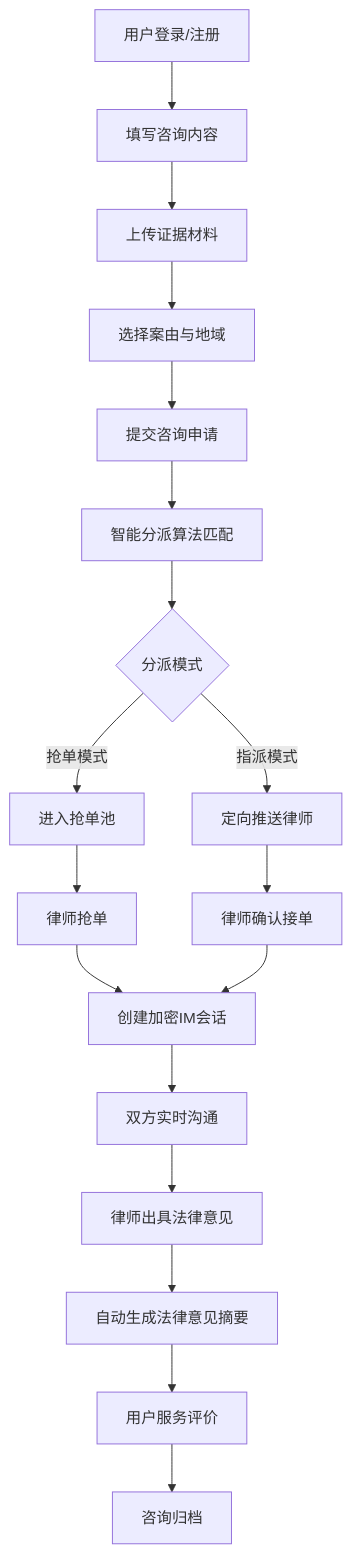
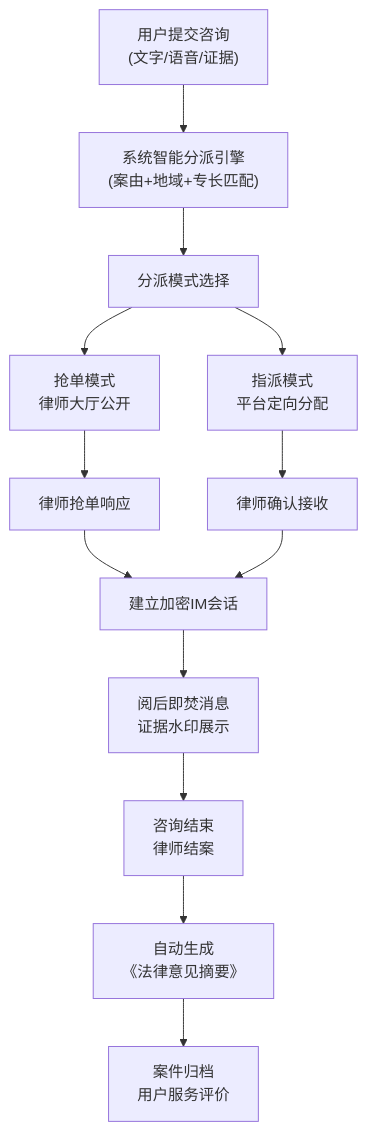
The first of 3 diagrams in .trae/documents/PRD-法律公益咨询协同平台.md (ccpen199/Trae-solo), drawn with Mermaid before and after one commit. The commit also changed other lines of this file and 94 other files, not shown here.

````diff
--- a/.trae/documents/PRD-法律公益咨询协同平台.md
+++ b/.trae/documents/PRD-法律公益咨询协同平台.md
@@ -56,20 +62,15 @@
 ```mermaid
 flowchart TD
-    A["用户登录/注册"] --> B["填写咨询内容"]
-    B --> C["上传证据材料"]
-    C --> D["选择案由与地域"]
-    D --> E["提交咨询申请"]
-    E --> F["智能分派算法匹配"]
-    F --> G{分派模式}
-    G -->|"抢单模式"| H["进入抢单池"]
-    G -->|"指派模式"| I["定向推送律师"]
-    H --> J["律师抢单"]
-    I --> K["律师确认接单"]
-    J --> L["创建加密IM会话"]
-    K --> L
-    L --> M["双方实时沟通"]
-    M --> N["律师出具法律意见"]
-    N --> O["自动生成法律意见摘要"]
-    O --> P["用户服务评价"]
-    P --> Q["咨询归档"]
+    A["用户提交咨询<br/>(文字/语音/证据)"] --> B["系统智能分派引擎<br/>(案由+地域+专长匹配)"]
+    B --> C["分派模式选择"]
+    C --> D["抢单模式<br/>律师大厅公开"]
+    C --> E["指派模式<br/>平台定向分配"]
+    D --> F["律师抢单响应"]
+    E --> G["律师确认接收"]
+    F --> H["建立加密IM会话"]
+    G --> H
+    H --> I["阅后即焚消息<br/>证据水印展示"]
+    I --> J["咨询结束<br/>律师结案"]
+    J --> K["自动生成<br/>《法律意见摘要》"]
+    K --> L["案件归档<br/>用户服务评价"]
 ```
````
